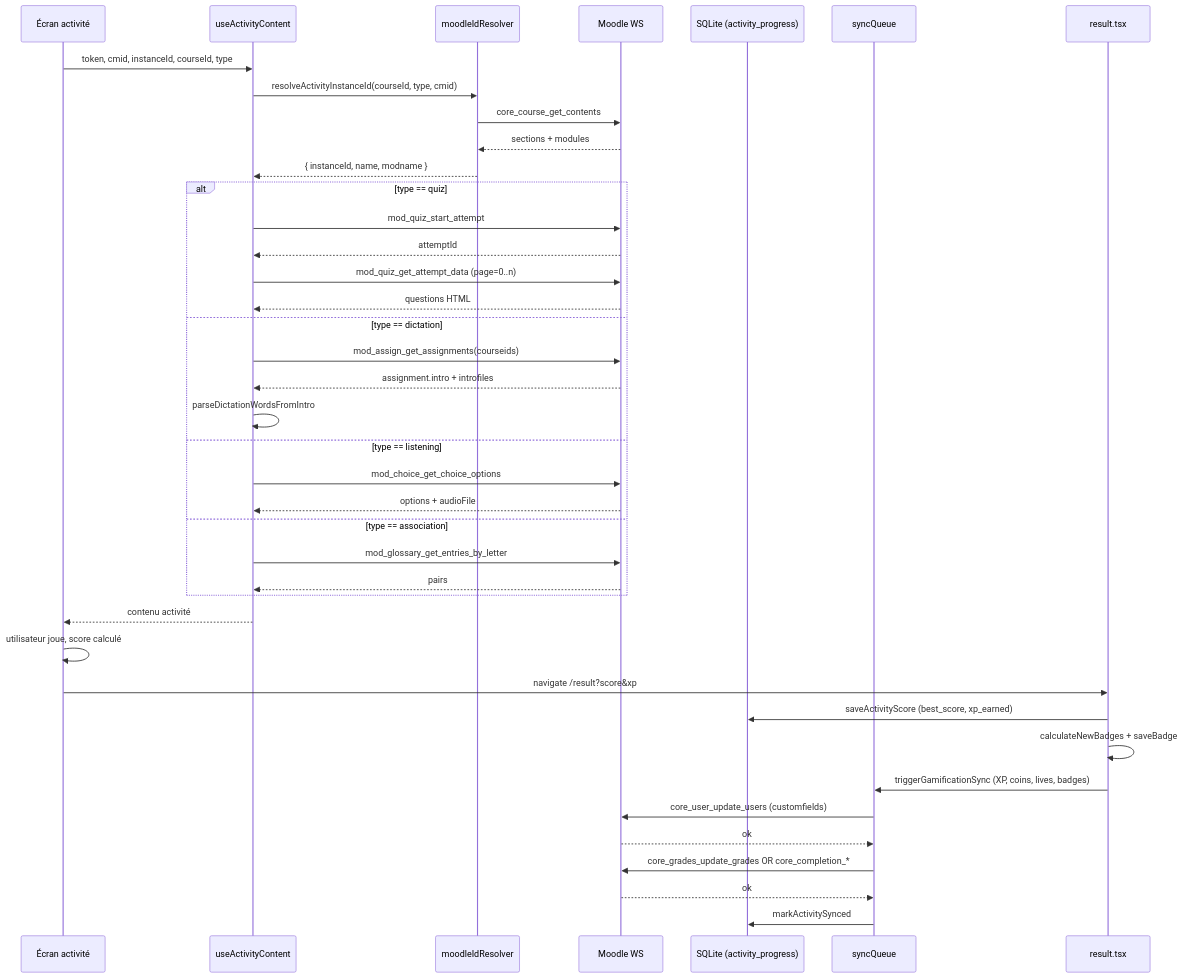
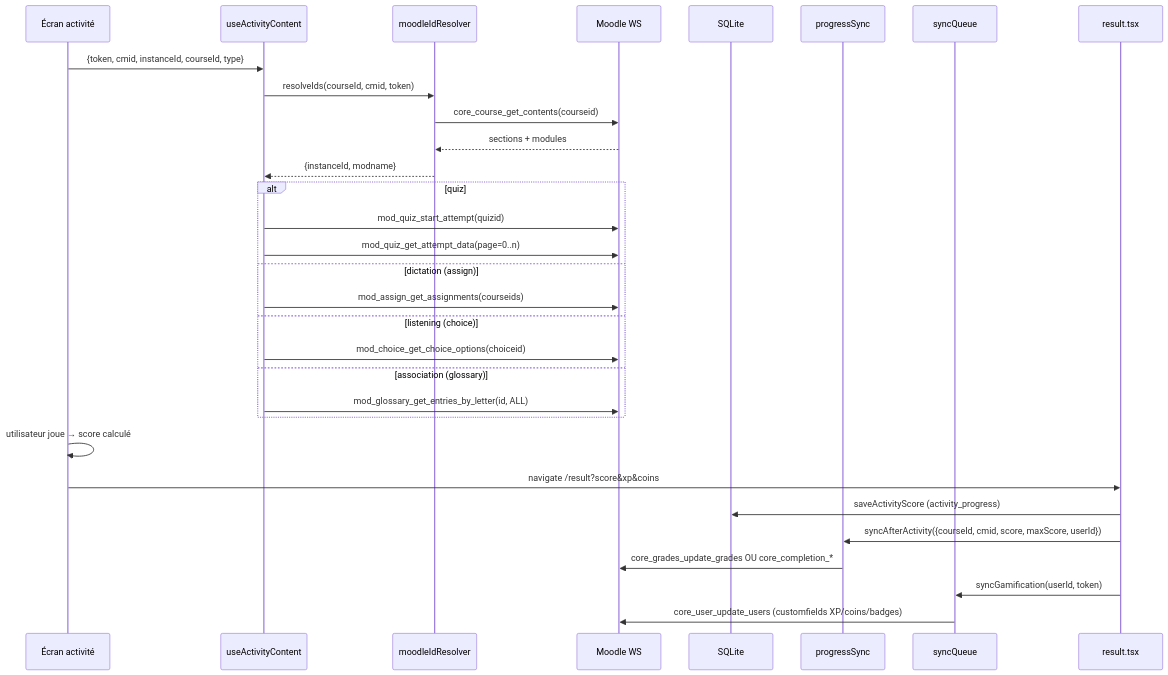
Before and after one commit to aichaRichatt/ipelan: the third of 4 diagrams in docs/ARCHITECTURE.md, drawn with Mermaid. The commit also changed other lines of this file and 85 other files, not shown here.

````diff
--- a/docs/ARCHITECTURE.md
+++ b/docs/ARCHITECTURE.md
@@ -111,45 +110,36 @@
 ```mermaid
 sequenceDiagram
     participant SC as Écran activité
     participant HK as useActivityContent
     participant ID as moodleIdResolver
     participant M as Moodle WS
-    participant DB as SQLite (activity_progress)
-    participant Q as syncQueue
+    participant DB as SQLite
+    participant PS as progressSync
+    participant SQ as syncQueue
     participant R as result.tsx
 
-    SC->>HK: token, cmid, instanceId, courseId, type
-    HK->>ID: resolveActivityInstanceId(courseId, type, cmid)
-    ID->>M: core_course_get_contents
+    SC->>HK: {token, cmid, instanceId, courseId, type}
+    HK->>ID: resolveIds(courseId, cmid, token)
+    ID->>M: core_course_get_contents(courseid)
     M-->>ID: sections + modules
-    ID-->>HK: { instanceId, name, modname }
+    ID-->>HK: {instanceId, modname}
 
-    alt type == quiz
-        HK->>M: mod_quiz_start_attempt
-        M-->>HK: attemptId
-        HK->>M: mod_quiz_get_attempt_data (page=0..n)
-        M-->>HK: questions HTML
-    else type == dictation
+    alt quiz
+        HK->>M: mod_quiz_start_attempt(quizid)
+        HK->>M: mod_quiz_get_attempt_data(page=0..n)
+    else dictation (assign)
         HK->>M: mod_assign_get_assignments(courseids)
-        M-->>HK: assignment.intro + introfiles
-        HK->>HK: parseDictationWordsFromIntro
-    else type == listening
-        HK->>M: mod_choice_get_choice_options
-        M-->>HK: options + audioFile
-    else type == association
-        HK->>M: mod_glossary_get_entries_by_letter
-        M-->>HK: pairs
+    else listening (choice)
+        HK->>M: mod_choice_get_choice_options(choiceid)
+    else association (glossary)
+        HK->>M: mod_glossary_get_entries_by_letter(id, ALL)
     end
 
-    HK-->>SC: contenu activité
-    SC->>SC: utilisateur joue, score calculé
-    SC->>R: navigate /result?score&xp
-    R->>DB: saveActivityScore (best_score, xp_earned)
-    R->>R: calculateNewBadges + saveBadge
-    R->>Q: triggerGamificationSync (XP, coins, lives, badges)
-    Q->>M: core_user_update_users (customfields)
-    M-->>Q: ok
-    Q->>M: core_grades_update_grades OR core_completion_*
-    M-->>Q: ok
-    Q->>DB: markActivitySynced
+    SC->>SC: utilisateur joue → score calculé
+    SC->>R: navigate /result?score&xp&coins
+    R->>DB: saveActivityScore (activity_progress)
+    R->>PS: syncAfterActivity({courseId, cmid, score, maxScore, userId})
+    PS->>M: core_grades_update_grades OU core_completion_*
+    R->>SQ: syncGamification(userId, token)
+    SQ->>M: core_user_update_users (customfields XP/coins/badges)
 ```
````
